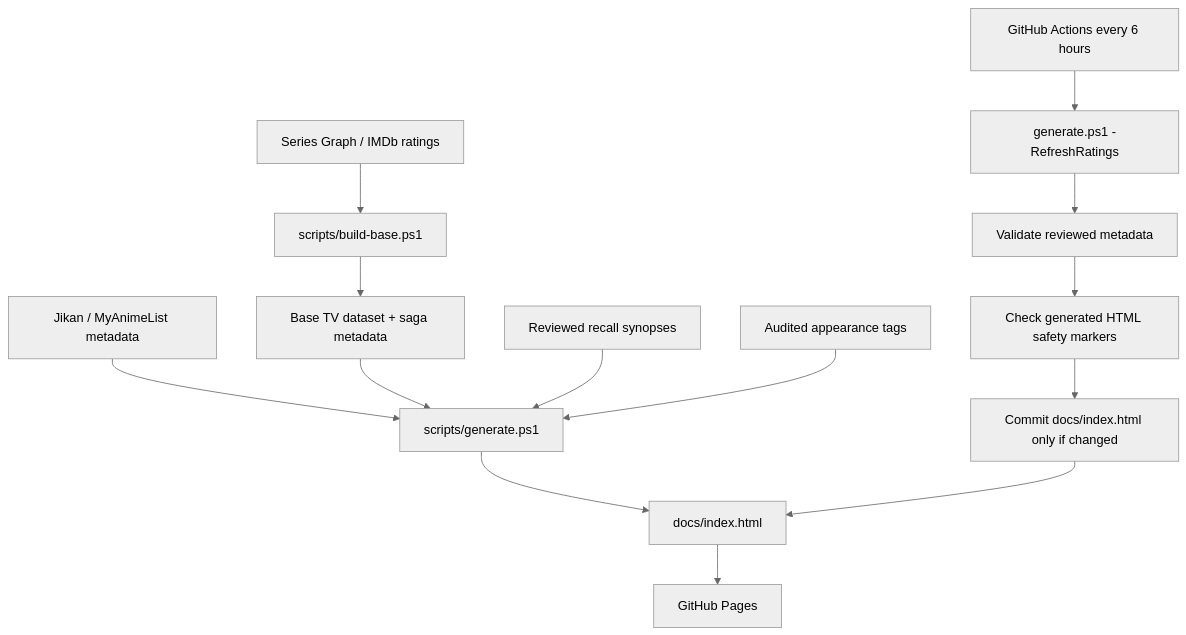
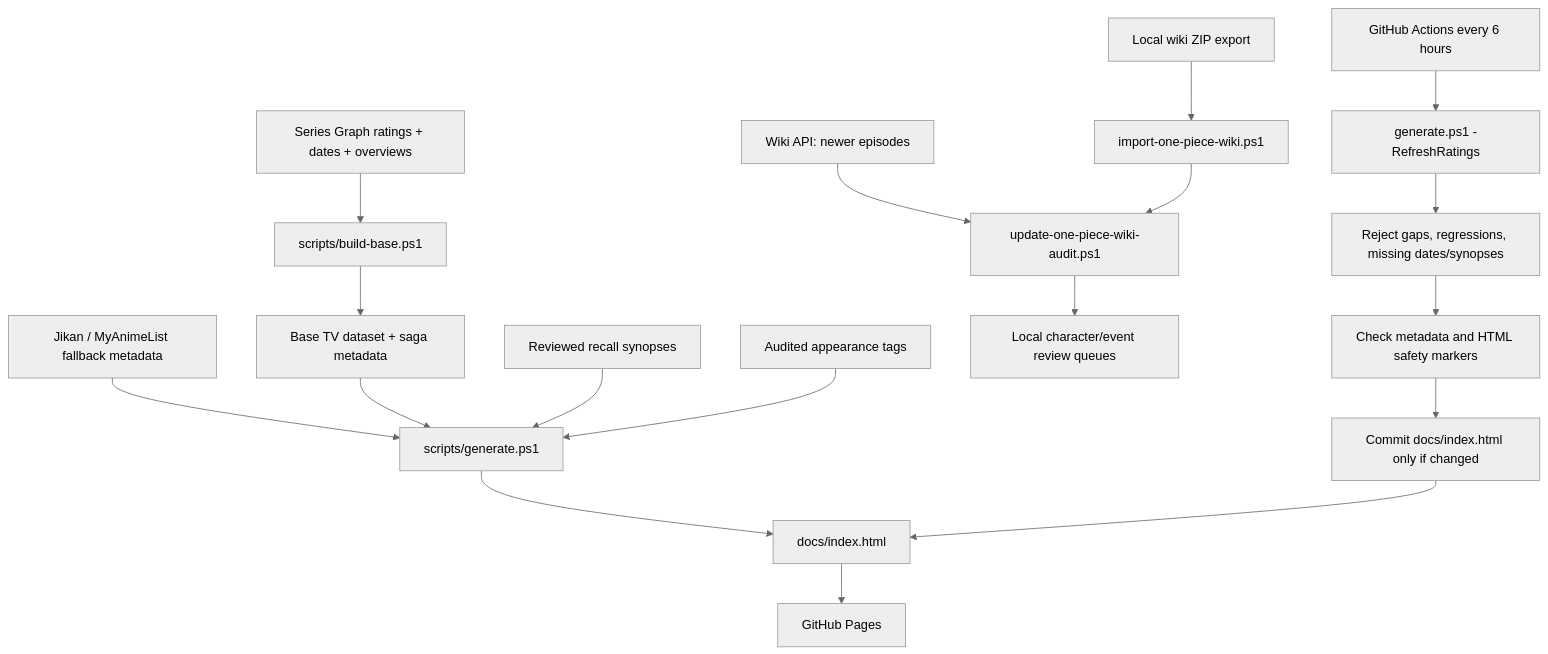
The diagram in README.md (victormends/one-piece-ratings-timeline), drawn with Mermaid (neutral theme) before and after one commit. The commit also changed other lines of this file and 17 other files, not shown here.

Commit message:
Improve episode metadata reliability and audit coverage

````diff
--- a/README.md
+++ b/README.md
@@ -34,17 +35,22 @@
 ```mermaid
 flowchart TD
-  A[Series Graph / IMDb ratings] --> B[scripts/build-base.ps1]
+  A[Series Graph ratings + dates + overviews] --> B[scripts/build-base.ps1]
   B --> C[Base TV dataset + saga metadata]
-  D[Jikan / MyAnimeList metadata] --> E[scripts/generate.ps1]
+  D[Jikan / MyAnimeList fallback metadata] --> E[scripts/generate.ps1]
   C --> E
   F[Reviewed recall synopses] --> E
   G[Audited appearance tags] --> E
   E --> H[docs/index.html]
 
+  O[Local wiki ZIP export] --> P[import-one-piece-wiki.ps1]
+  Q[Wiki API: newer episodes] --> R[update-one-piece-wiki-audit.ps1]
+  P --> R
+  R --> S[Local character/event review queues]
+
   J[GitHub Actions every 6 hours] --> K[generate.ps1 -RefreshRatings]
-  K --> L[Validate reviewed metadata]
-  L --> M[Check generated HTML safety markers]
+  K --> L[Reject gaps, regressions, missing dates/synopses]
+  L --> M[Check metadata and HTML safety markers]
   M --> N[Commit docs/index.html only if changed]
   N --> H
   H --> I[GitHub Pages]
 ```
````
